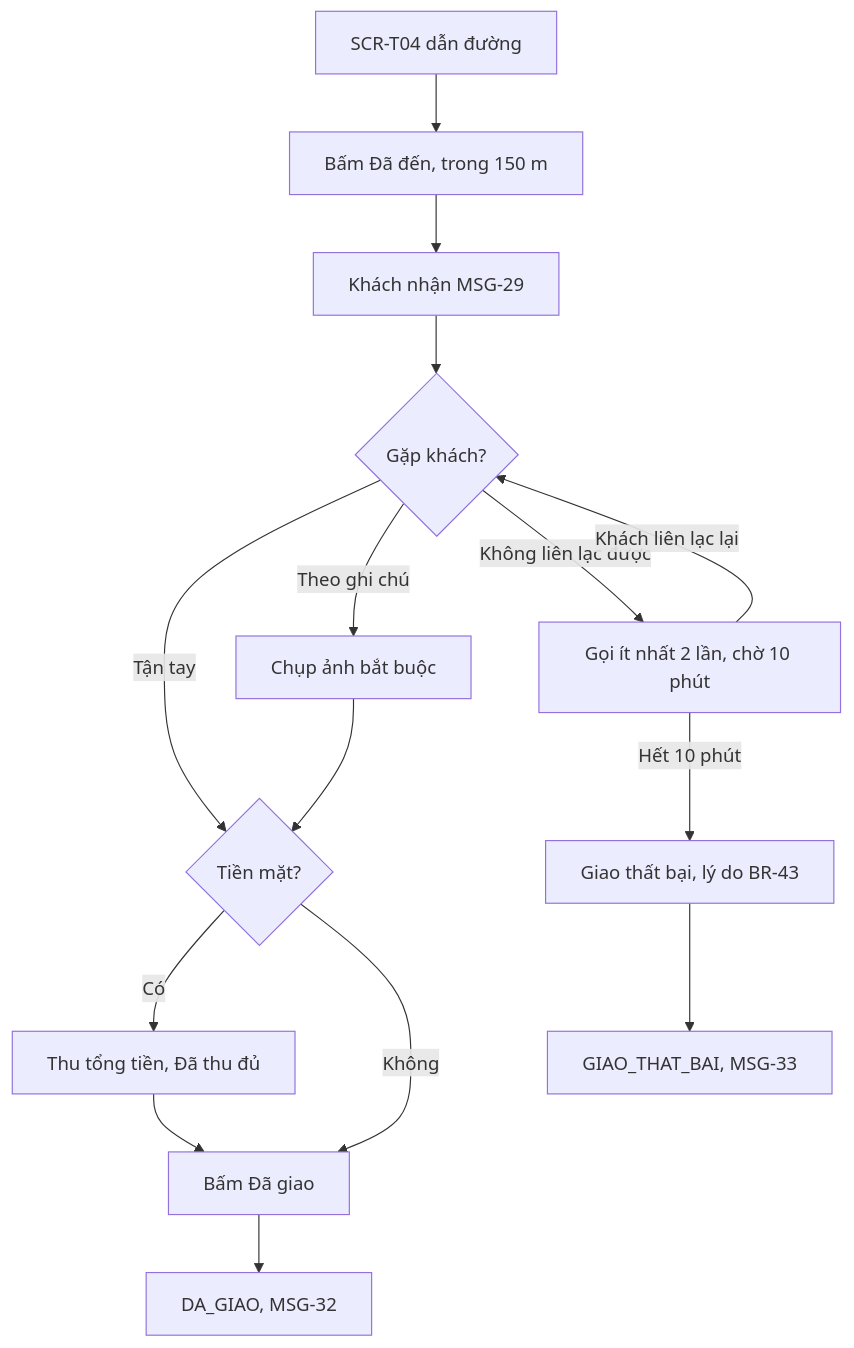
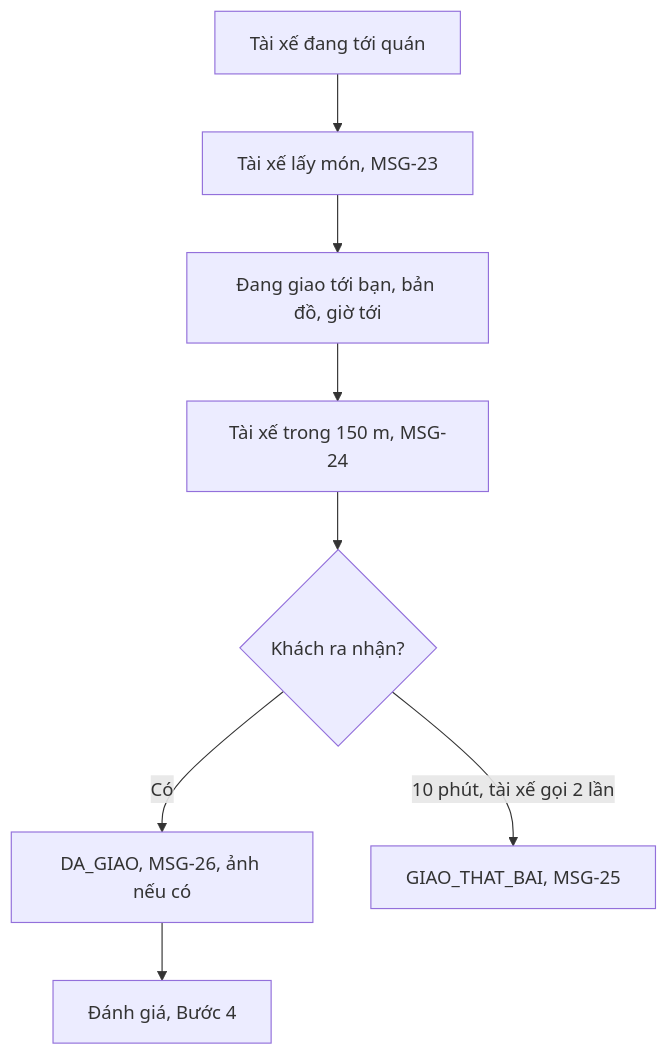
Before and after one commit to uxfoundation-vn/de06-dat-ship-do-an: the ninth of 15 diagrams in docs/SRS.md, drawn with Mermaid. The commit also changed other lines of this file and 2 other files, not shown here.

First line of the commit message:
Đề 6: chỉ giữ luồng của khách

````diff
--- a/docs/SRS.md
+++ b/docs/SRS.md
@@ -695,16 +476,10 @@
 ```mermaid
 flowchart TD
-  A["SCR-T04 dẫn đường"] --> B["Bấm Đã đến, trong 150 m"]
-  B --> C["Khách nhận MSG-29"]
-  C --> D{"Gặp khách?"}
-  D -->|Tận tay| E{"Tiền mặt?"}
-  D -->|Theo ghi chú| F["Chụp ảnh bắt buộc"] --> E
-  E -->|Có| G["Thu tổng tiền, Đã thu đủ"]
-  E -->|Không| H["Bấm Đã giao"]
-  G --> H
-  H --> I["DA_GIAO, MSG-32"]
-  D -->|Không liên lạc được| J["Gọi ít nhất 2 lần, chờ 10 phút"]
-  J -->|Khách liên lạc lại| D
-  J -->|Hết 10 phút| K["Giao thất bại, lý do BR-43"]
-  K --> L["GIAO_THAT_BAI, MSG-33"]
+  A["Tài xế đang tới quán"] --> B["Tài xế lấy món, MSG-23"]
+  B --> C["Đang giao tới bạn, bản đồ, giờ tới"]
+  C --> D["Tài xế trong 150 m, MSG-24"]
+  D --> E{"Khách ra nhận?"}
+  E -->|Có| F["DA_GIAO, MSG-26, ảnh nếu có"]
+  E -->|10 phút, tài xế gọi 2 lần| G["GIAO_THAT_BAI, MSG-25"]
+  F --> H["Đánh giá, Bước 4"]
 ```
````
